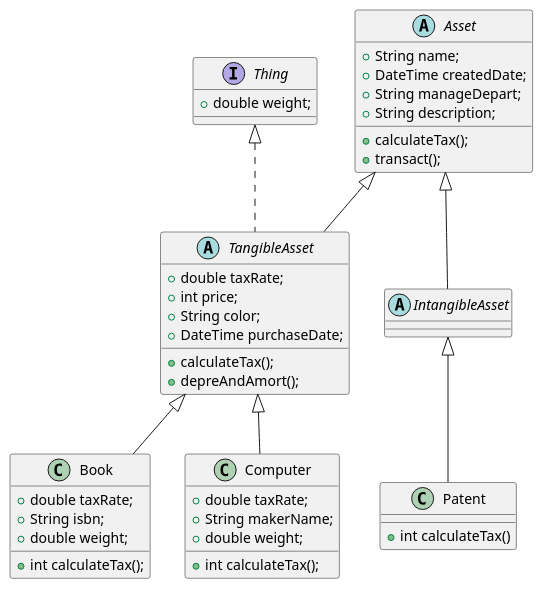
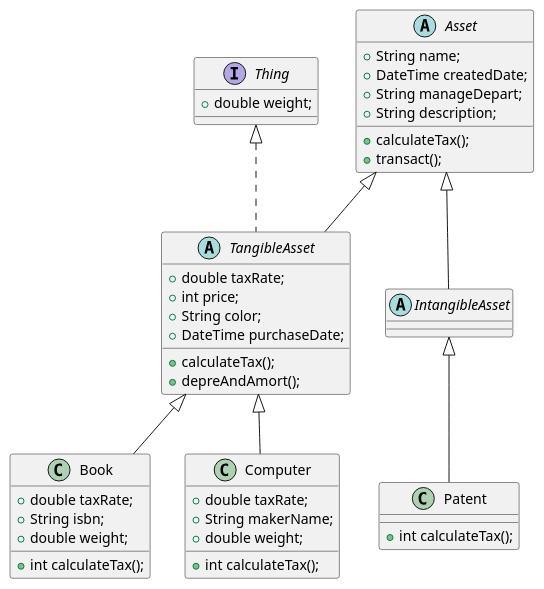
Before and after one commit to okstring/modu-3-dart-study: the diagram in lib/2025-03-19/daily_uml.puml, drawn with PlantUML.

Commit message:
write: UML 누락 세미콜론 수정

```diff
--- a/lib/2025-03-19/daily_uml.puml
+++ b/lib/2025-03-19/daily_uml.puml
@@ -1,46 +1,46 @@
 @startuml
 
 abstract class Asset {
   + String name;
   + DateTime createdDate;
   + String manageDepart;
   + String description;
   + calculateTax();
   + transact();
 }
 
 interface Thing {
   + double weight;
 }
 
 abstract class TangibleAsset extends Asset implements Thing {
   + double taxRate;
   + int price;
   + String color;
   + DateTime purchaseDate;
   + calculateTax();
   + depreAndAmort();
 }
 
 class Book extends TangibleAsset {
   + double taxRate;
   + String isbn;
   + double weight;
   + int calculateTax();
 }
 
 class Computer extends TangibleAsset {
   + double taxRate;
   + String makerName;
   + double weight;
 
   + int calculateTax();
 }
 
 abstract class IntangibleAsset extends Asset { }
 
 class Patent extends IntangibleAsset {
-  + int calculateTax()
+  + int calculateTax();
  }
 
 @enduml
```
